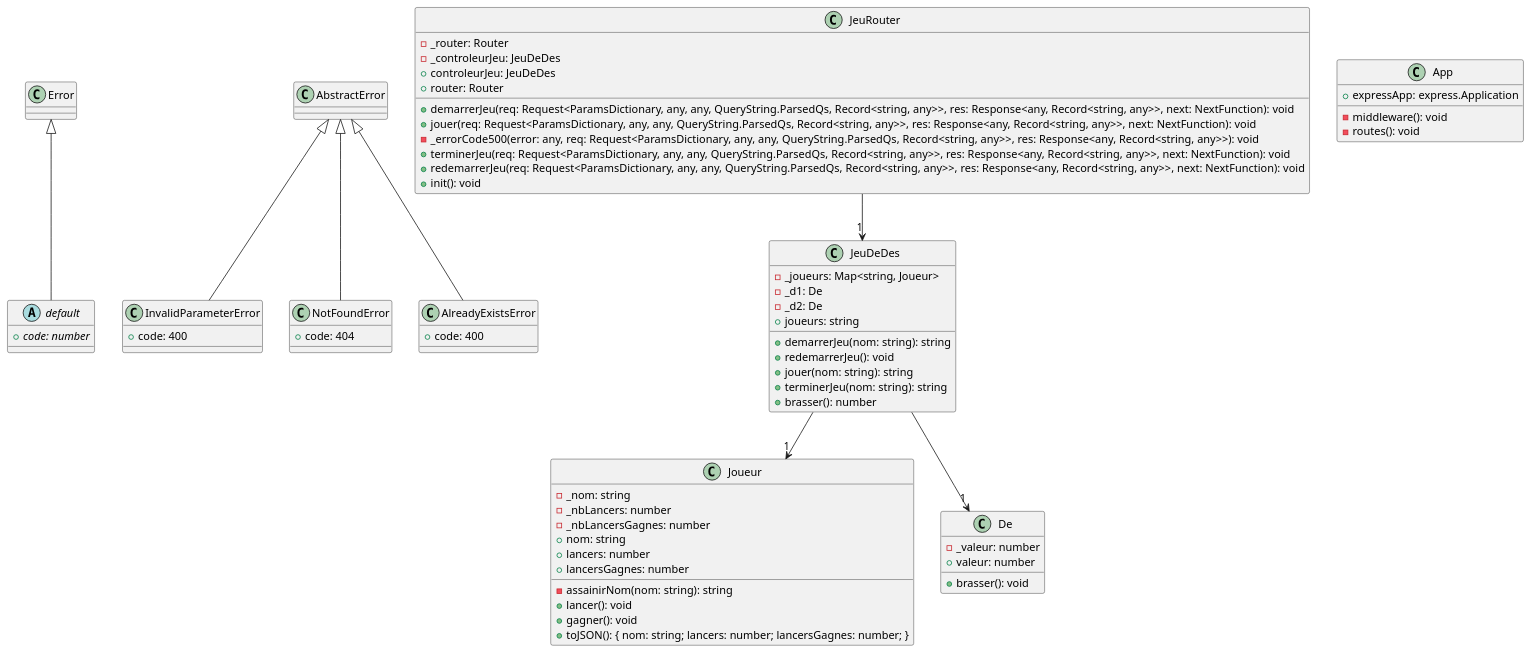
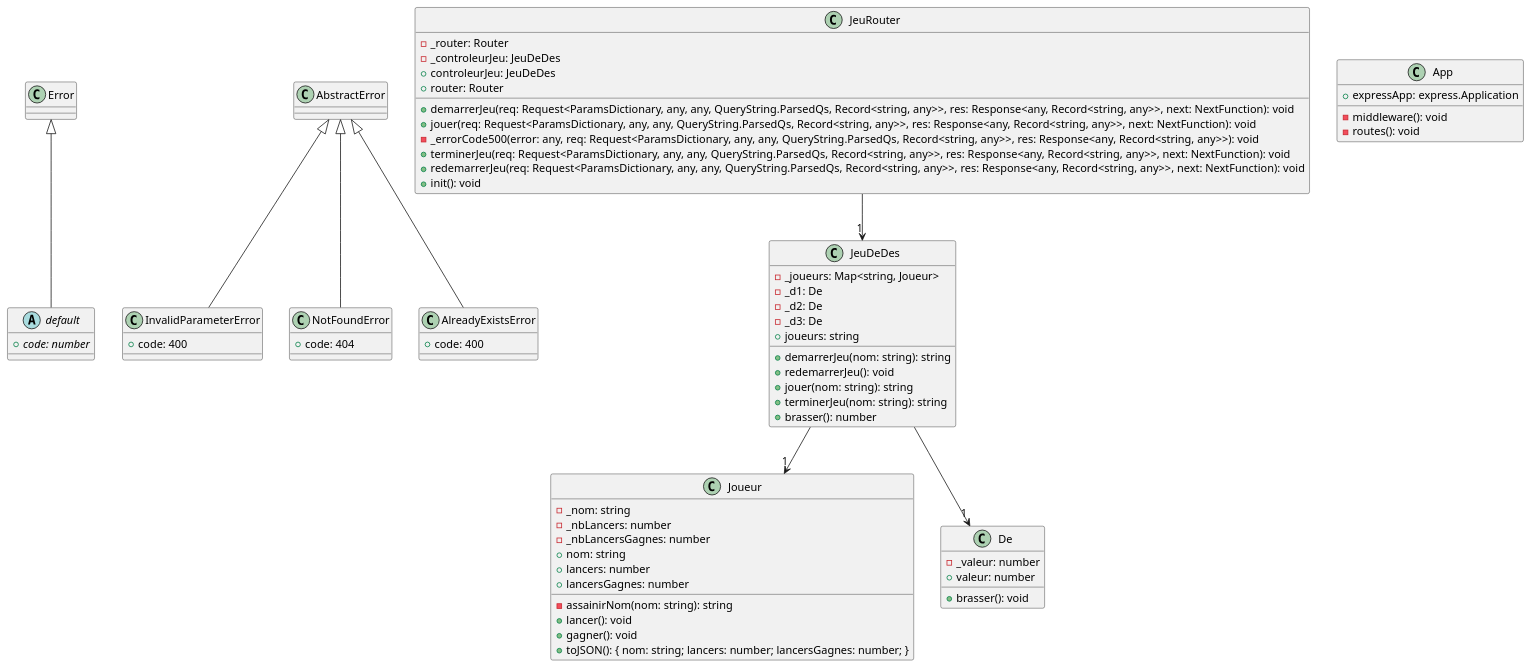
The diagram in docs/modeles/App.puml (cc-probitaille/laboratoire-0-YourStepSis999), drawn with PlantUML before and after one commit.

```diff
--- a/docs/modeles/App.puml
+++ b/docs/modeles/App.puml
@@ -1,62 +1,63 @@
 @startuml
 abstract class default extends Error {
     +{abstract} code: number
 }
 class InvalidParameterError extends AbstractError {
     +code: 400
 }
 class Joueur {
     -_nom: string
     -_nbLancers: number
     -_nbLancersGagnes: number
     +nom: string
     -assainirNom(nom: string): string
     +lancers: number
     +lancersGagnes: number
     +lancer(): void
     +gagner(): void
     +toJSON(): { nom: string; lancers: number; lancersGagnes: number; }
 }
 class De {
     -_valeur: number
     +brasser(): void
     +valeur: number
 }
 class NotFoundError extends AbstractError {
     +code: 404
 }
 class AlreadyExistsError extends AbstractError {
     +code: 400
 }
 class JeuDeDes {
     -_joueurs: Map<string, Joueur>
     -_d1: De
     -_d2: De
+    -_d3: De
     +demarrerJeu(nom: string): string
     +redemarrerJeu(): void
     +jouer(nom: string): string
     +terminerJeu(nom: string): string
     +brasser(): number
     +joueurs: string
 }
 class JeuRouter {
     -_router: Router
     -_controleurJeu: JeuDeDes
     +controleurJeu: JeuDeDes
     +router: Router
     +demarrerJeu(req: Request<ParamsDictionary, any, any, QueryString.ParsedQs, Record<string, any>>, res: Response<any, Record<string, any>>, next: NextFunction): void
     +jouer(req: Request<ParamsDictionary, any, any, QueryString.ParsedQs, Record<string, any>>, res: Response<any, Record<string, any>>, next: NextFunction): void
     -_errorCode500(error: any, req: Request<ParamsDictionary, any, any, QueryString.ParsedQs, Record<string, any>>, res: Response<any, Record<string, any>>): void
     +terminerJeu(req: Request<ParamsDictionary, any, any, QueryString.ParsedQs, Record<string, any>>, res: Response<any, Record<string, any>>, next: NextFunction): void
     +redemarrerJeu(req: Request<ParamsDictionary, any, any, QueryString.ParsedQs, Record<string, any>>, res: Response<any, Record<string, any>>, next: NextFunction): void
     +init(): void
 }
 class App {
     +expressApp: express.Application
     -middleware(): void
     -routes(): void
 }
 JeuDeDes --> "1" Joueur
 JeuDeDes --> "1" De
 JeuRouter --> "1" JeuDeDes
 @enduml
```
